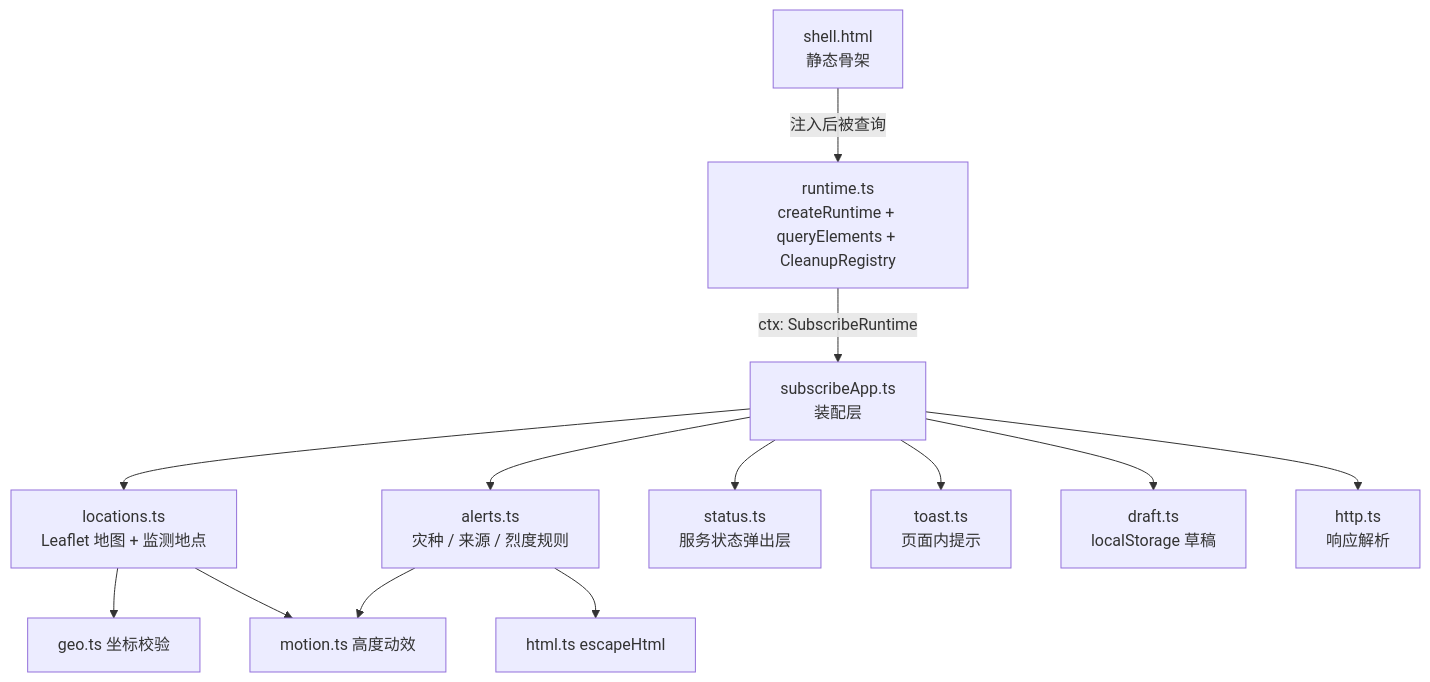
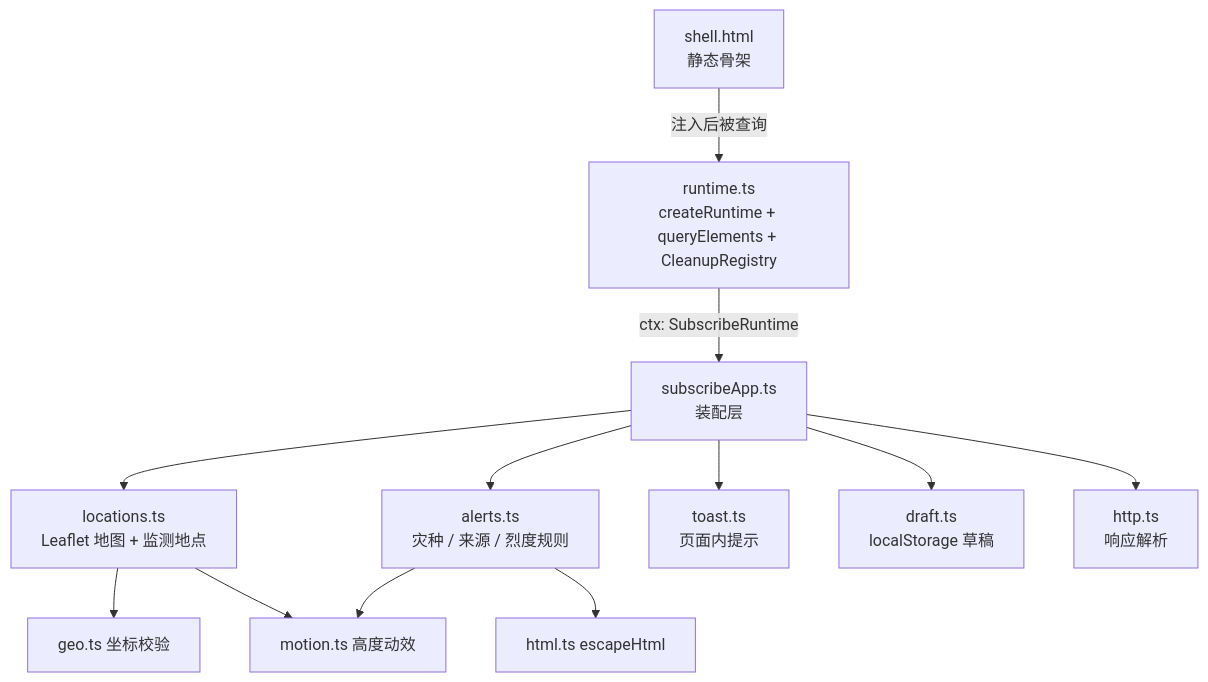
Before and after one commit to luyi2008/disaster-alert-web: the third of 8 diagrams in docs/architecture.md, drawn with Mermaid. The commit also changed other lines of this file and 10 other files, not shown here.

````diff
--- a/docs/architecture.md
+++ b/docs/architecture.md
@@ -131,21 +131,20 @@
 ```mermaid
 graph TB
     Shell["shell.html<br/>静态骨架"]
     Runtime["runtime.ts<br/>createRuntime + queryElements + CleanupRegistry"]
     App["subscribeApp.ts<br/>装配层"]
 
     Shell -->|"注入后被查询"| Runtime
     Runtime -->|"ctx: SubscribeRuntime"| App
 
     App --> Loc["locations.ts<br/>Leaflet 地图 + 监测地点"]
     App --> Alerts["alerts.ts<br/>灾种 / 来源 / 烈度规则"]
-    App --> Status["status.ts<br/>服务状态弹出层"]
     App --> Toast["toast.ts<br/>页面内提示"]
 
     Loc --> Geo["geo.ts 坐标校验"]
     App --> Draft["draft.ts<br/>localStorage 草稿"]
     App --> Http["http.ts<br/>响应解析"]
     Loc --> Motion["motion.ts 高度动效"]
     Alerts --> Motion
     Alerts --> Html["html.ts escapeHtml"]
 ```
````
